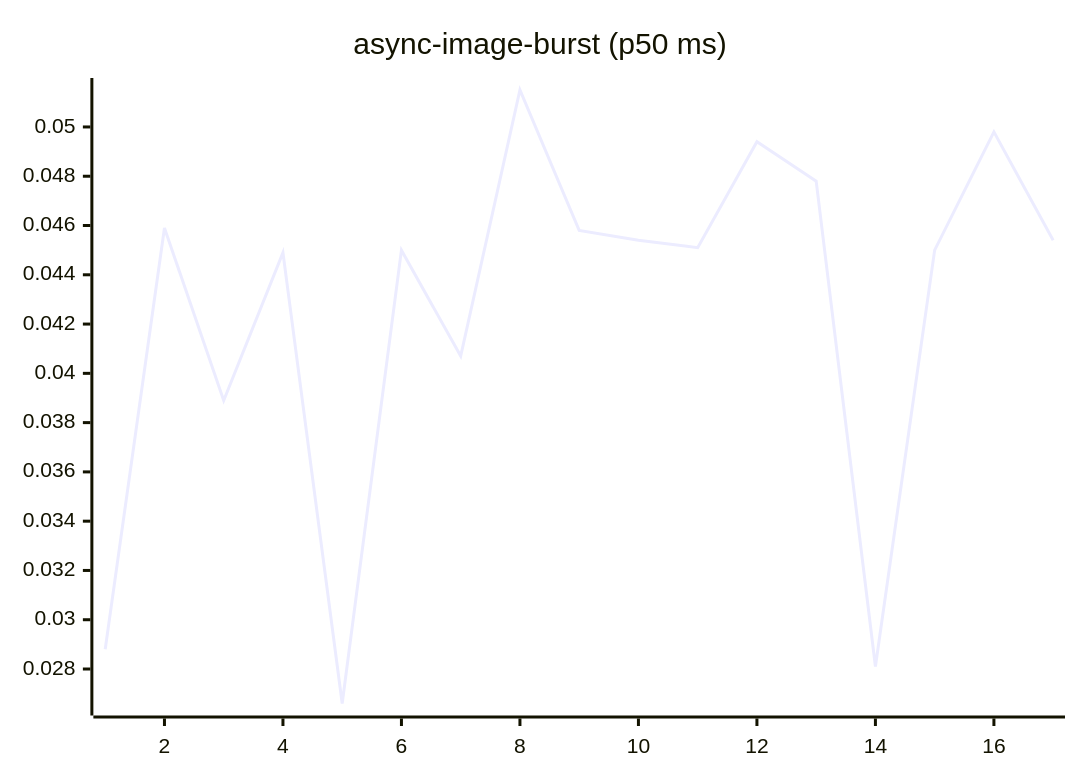
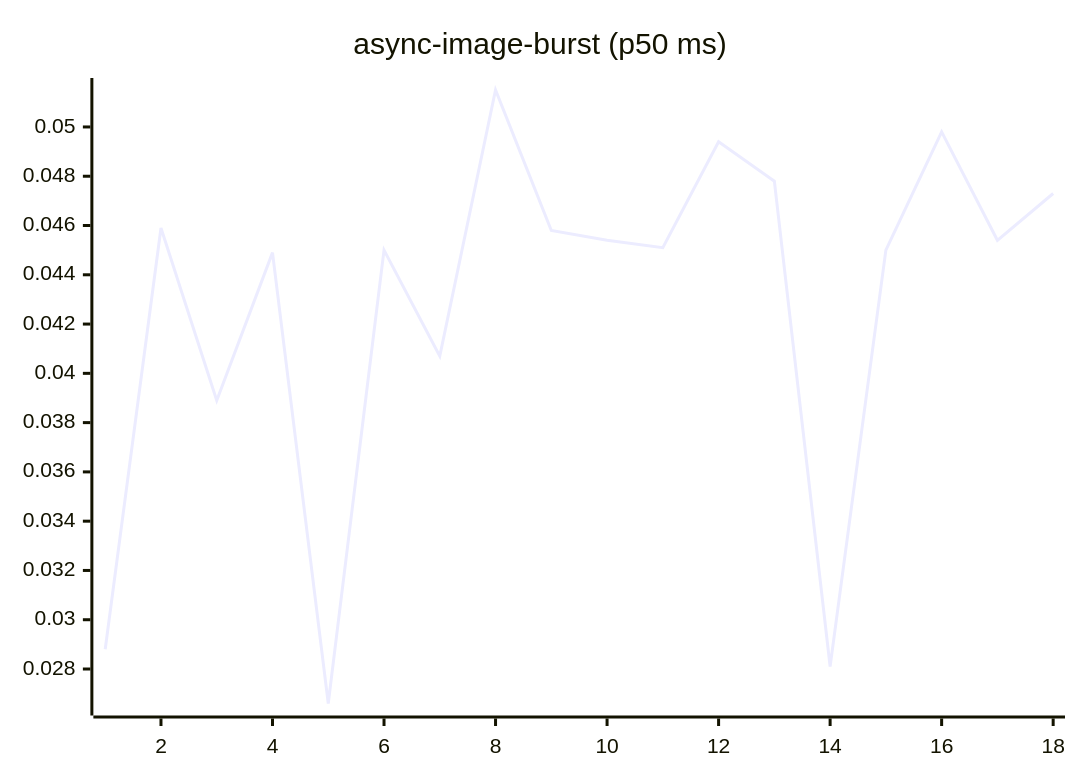
Before and after one commit to josha/Facet: the fourth of 27 diagrams in README.md, drawn with Mermaid. The commit also changed other lines of this file and 2 other files, not shown here.

````diff
--- a/README.md
+++ b/README.md
@@ -84,6 +84,6 @@
 ```mermaid
 xychart-beta
     title "async-image-burst (p50 ms)"
-    x-axis 1 --> 17
-    line [0.0288, 0.0459, 0.0389, 0.0449, 0.0266, 0.0450, 0.0407, 0.0515, 0.0458, 0.0454, 0.0451, 0.0494, 0.0478, 0.0281, 0.0450, 0.0498, 0.0454]
+    x-axis 1 --> 18
+    line [0.0288, 0.0459, 0.0389, 0.0449, 0.0266, 0.0450, 0.0407, 0.0515, 0.0458, 0.0454, 0.0451, 0.0494, 0.0478, 0.0281, 0.0450, 0.0498, 0.0454, 0.0473]
 ```
````
